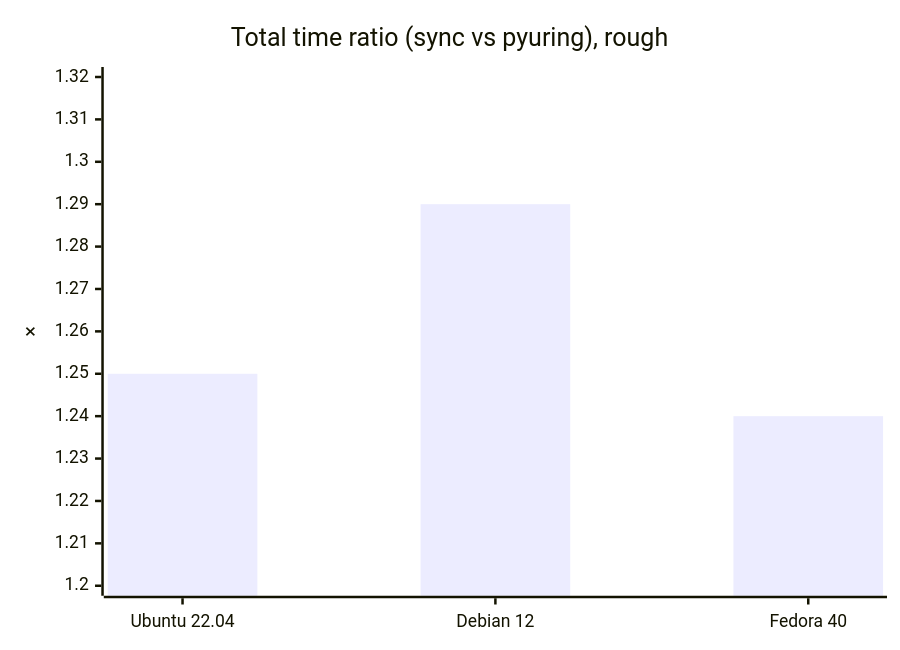
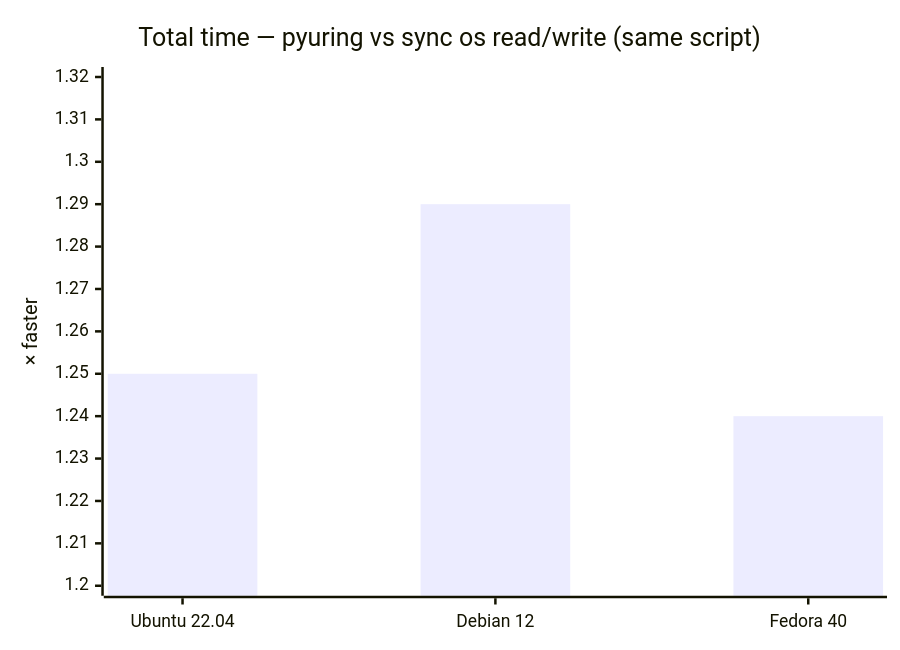
The diagram in README.md (kangtegong/pyuring), drawn with Mermaid before and after one commit. The commit also changed other lines of this file, not shown here.

````diff
--- a/README.md
+++ b/README.md
@@ -72,7 +70,7 @@
 ```mermaid
 xychart-beta
-    title "Total time ratio (sync vs pyuring), rough"
+    title "Total time — pyuring vs sync os read/write (same script)"
     x-axis ["Ubuntu 22.04", "Debian 12", "Fedora 40"]
-    y-axis "×" 1.2 --> 1.32
+    y-axis "× faster" 1.2 --> 1.32
     bar [1.25, 1.29, 1.24]
 ```
````
